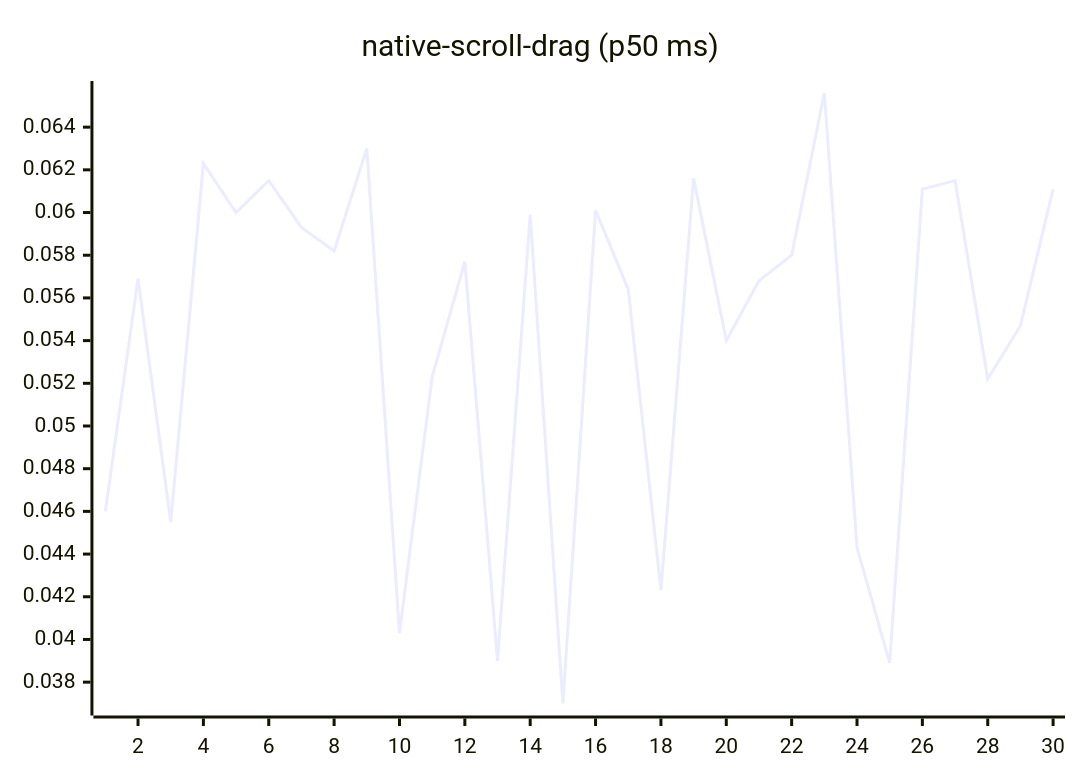
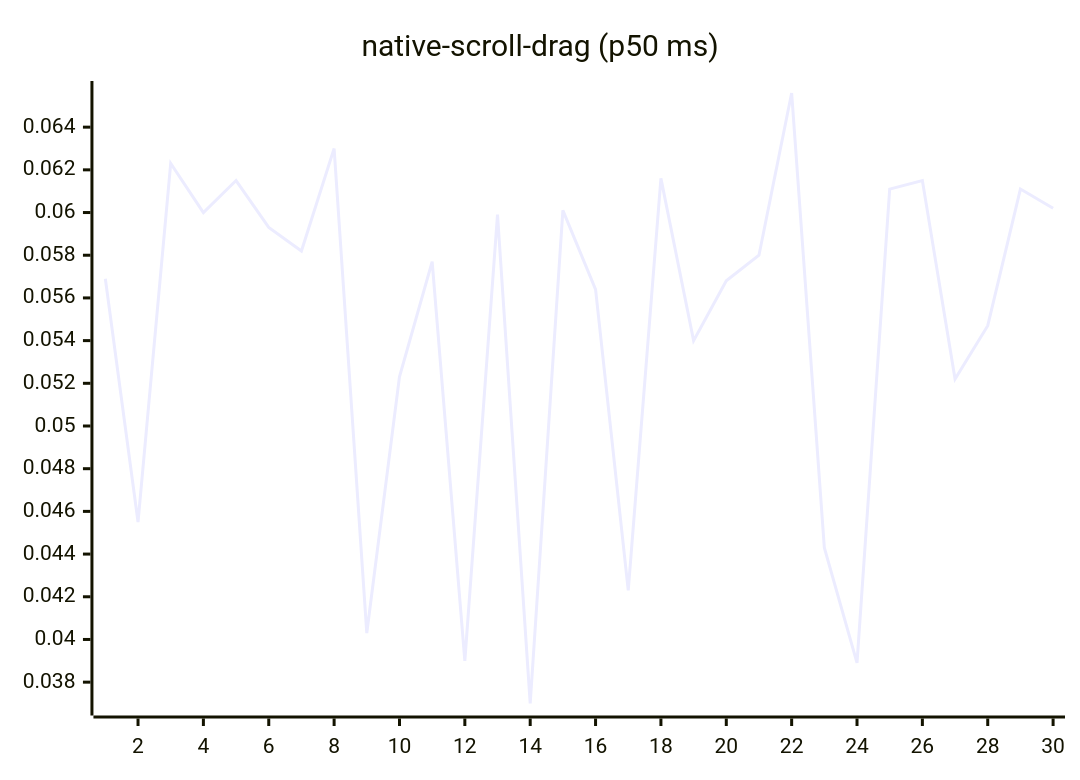
One commit to josha/Facet changed diagram 14 of 27 in README.md. Above: the diagram before and after it, drawn with Mermaid. The commit also changed other lines of this file and 2 other files, not shown here.

````diff
--- a/README.md
+++ b/README.md
@@ -154,6 +154,6 @@
 ```mermaid
 xychart-beta
     title "native-scroll-drag (p50 ms)"
     x-axis 1 --> 30
-    line [0.0460, 0.0569, 0.0455, 0.0623, 0.0600, 0.0615, 0.0593, 0.0582, 0.0630, 0.0403, 0.0523, 0.0577, 0.0390, 0.0599, 0.0370, 0.0601, 0.0564, 0.0423, 0.0616, 0.0540, 0.0568, 0.0580, 0.0656, 0.0443, 0.0389, 0.0611, 0.0615, 0.0522, 0.0547, 0.0611]
+    line [0.0569, 0.0455, 0.0623, 0.0600, 0.0615, 0.0593, 0.0582, 0.0630, 0.0403, 0.0523, 0.0577, 0.0390, 0.0599, 0.0370, 0.0601, 0.0564, 0.0423, 0.0616, 0.0540, 0.0568, 0.0580, 0.0656, 0.0443, 0.0389, 0.0611, 0.0615, 0.0522, 0.0547, 0.0611, 0.0602]
 ```
````
